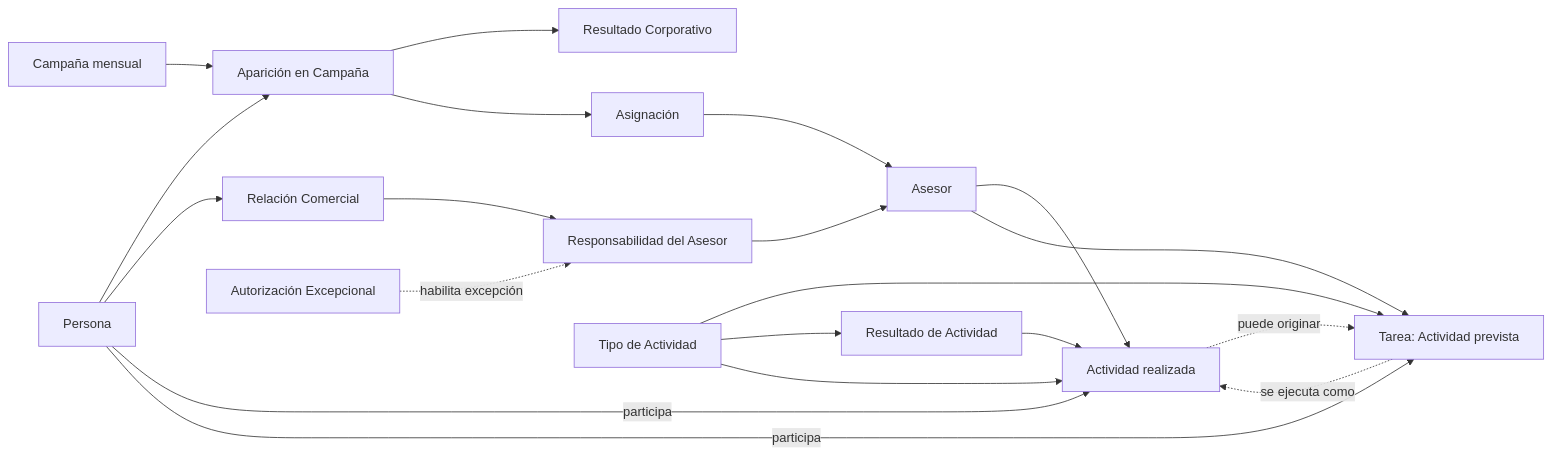
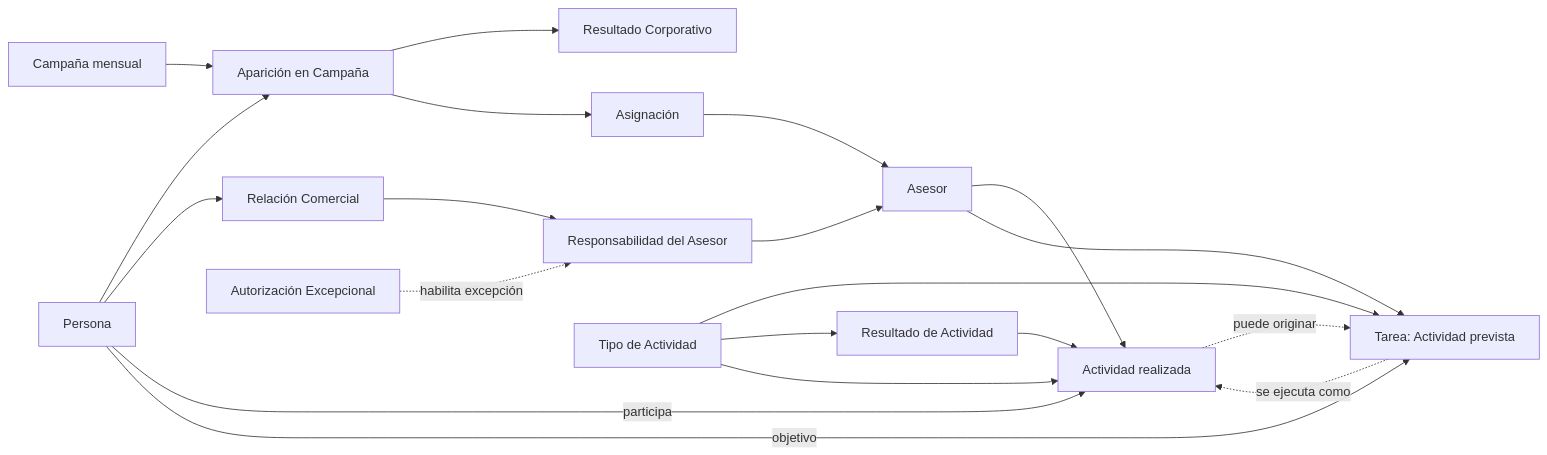
The diagram in docs/domain/commercial-model.md (guilledpn/KNwS7F_2a2LZ7MS), drawn with Mermaid before and after one commit. The commit also changed other lines of this file, not shown here.

````diff
--- a/docs/domain/commercial-model.md
+++ b/docs/domain/commercial-model.md
@@ -49,38 +49,38 @@
 ```mermaid
 flowchart LR
     PERSONA[Persona]
     CAMPANIA[Campaña mensual]
     APARICION[Aparición en Campaña]
     RESULTADO[Resultado Corporativo]
     ASIGNACION[Asignación]
     ASESOR[Asesor]
     RELACION[Relación Comercial]
     RESPONSABILIDAD[Responsabilidad del Asesor]
     AUTORIZACION[Autorización Excepcional]
     TIPO[Tipo de Actividad]
     RESACT[Resultado de Actividad]
     ACTIVIDAD[Actividad realizada]
     TAREA[Tarea: Actividad prevista]
 
     PERSONA --> APARICION
     CAMPANIA --> APARICION
     APARICION --> RESULTADO
     APARICION --> ASIGNACION
     ASIGNACION --> ASESOR
 
     PERSONA --> RELACION
     RELACION --> RESPONSABILIDAD
     RESPONSABILIDAD --> ASESOR
     AUTORIZACION -. habilita excepción .-> RESPONSABILIDAD
 
     TIPO --> TAREA
     TIPO --> RESACT
     RESACT --> ACTIVIDAD
     TIPO --> ACTIVIDAD
     PERSONA -->|participa| ACTIVIDAD
     ASESOR --> ACTIVIDAD
-    PERSONA -->|participa| TAREA
+    PERSONA -->|objetivo| TAREA
     ASESOR --> TAREA
     ACTIVIDAD -. puede originar .-> TAREA
     TAREA -. se ejecuta como .-> ACTIVIDAD
 ```
````
